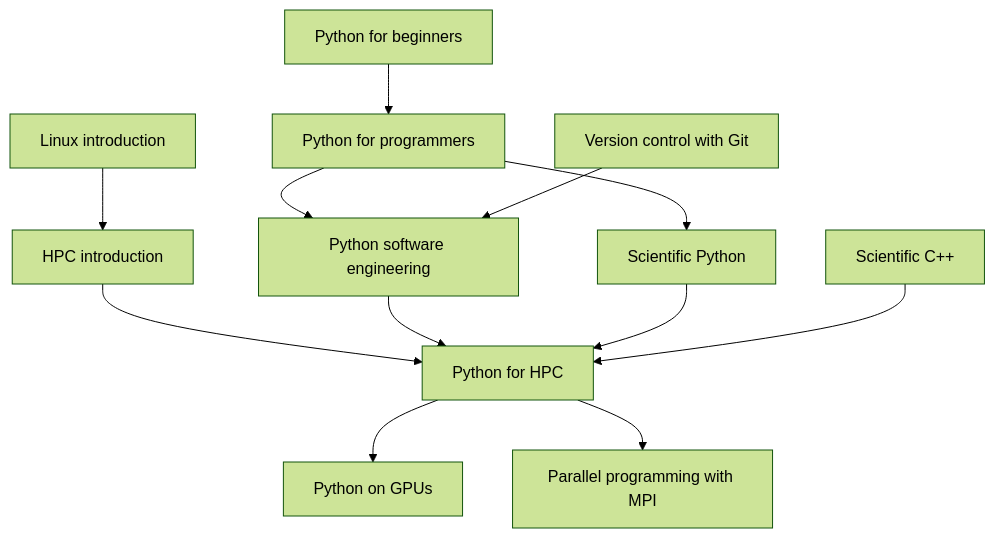
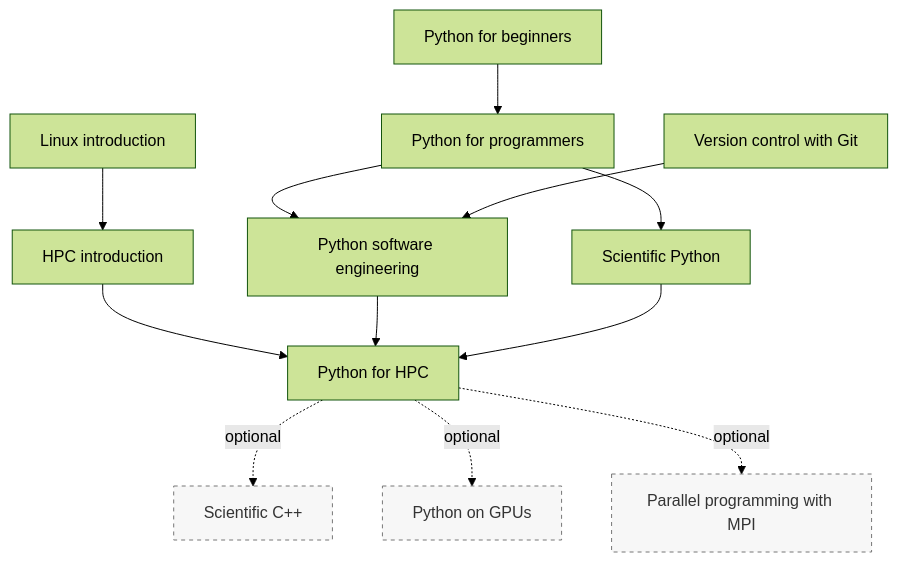
One commit to gjbex/Training-sessions changed the diagram in docs/learning_path_hpc_application_development_python.md. Above: the diagram before and after it, drawn with Mermaid (forest theme). The commit also changed other lines of this file and 3 other files, not shown here.

````diff
--- a/docs/learning_path_hpc_application_development_python.md
+++ b/docs/learning_path_hpc_application_development_python.md
@@ -7,25 +7,27 @@
 ```mermaid
 graph TD
   Python_for_beginners[Python for beginners] --> Python_for_programmers[Python for programmers]
   Linux_intro[Linux introduction] --> HPC_intro[HPC introduction]
   Python_for_programmers --> Scientific_Python[Scientific Python]
   HPC_intro --> Python_for_HPC[Python for HPC]
   Python_for_programmers --> Python_software_engineering[Python software engineering]
   Version_control_with_git[Version control with Git] --> Python_software_engineering
   Python_software_engineering --> Python_for_HPC
   Scientific_Python --> Python_for_HPC[Python for HPC]
-  Scientific_Cpp[Scientific C++] --> Python_for_HPC
-  Python_for_HPC --> Python_on_GPUs[Python on GPUs]
-  Python_for_HPC --> Parallel_programming_with_MPI[Parallel programming with MPI]
+  Python_for_HPC -. optional .-> Scientific_Cpp[Scientific C++]
+  Python_for_HPC -. optional .-> Python_on_GPUs[Python on GPUs]
+  Python_for_HPC -. optional .-> Parallel_programming_with_MPI[Parallel programming with MPI]
+  classDef optional fill:#f7f7f7,stroke:#777,stroke-dasharray: 4 4,color:#333
+  class Scientific_Cpp,Python_on_GPUs,Parallel_programming_with_MPI optional
   click Version_control_with_git "https://gjbex.github.io/Version-control-with-git" "Version control with Git"
   click Linux_intro "https://gjbex.github.io/Training-sessions/linux_intro" "Linux introduction"
   click HPC_intro "https://gjbex.github.io/Training-sessions/hpc_intro" "HPC introduction"
   click Python_for_beginners "https://gjbex.github.io/Python-for-beginners/" "Python for beginners"
   click Python_for_programmers "https://gjbex.github.io/Python-for-programmers/" "Python for programmers"
   click Python_software_engineering "https://gjbex.github.io/Python-software-engineering/" "Python software engineering"
   click Scientific_Python "https://gjbex.github.io/Scientific-Python/" "Scientific Python"
   click Python_for_HPC "https://gjbex.github.io/Python-for-HPC/" "Python for HPC"
   click Scientific_Cpp "https://gjbex.github.io/Scientific-C-plus-plus/" "Scientific C++"
   click Python_on_GPUs "https://gjbex.github.io/Python-on-GPUs/" "Python on GPUs"
   click Parallel_programming_with_MPI "https://gjbex.github.io/Training-sessions/parallel_programming_with_mpi" "Parallel programming with MPI"
 ```
````
